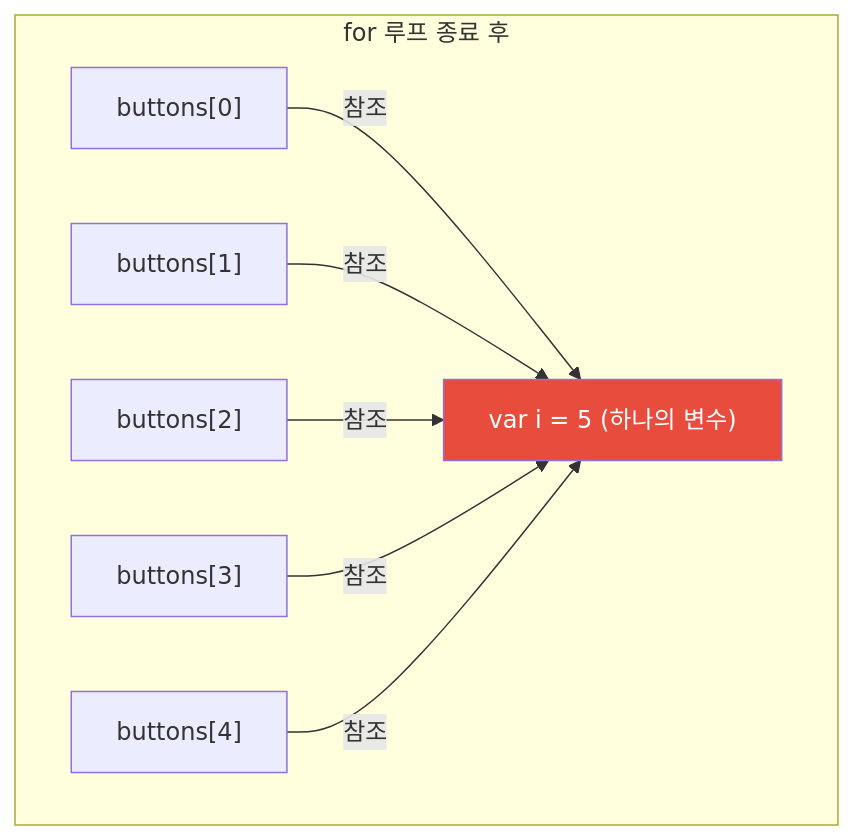
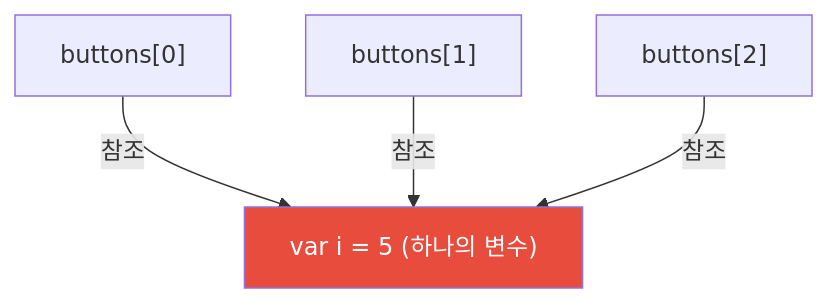
Before and after one commit to yjkim2015/yjkim2015.github.io: the seventh of 8 diagrams in _posts/frontend/2026-05-02-js-closure.md, drawn with Mermaid. The commit also changed other lines of this file and 155 other files, not shown here.

First line of the commit message:
Mermaid 전면 수정: subgraph 제거, participant/노드/줄수 축소 (342블록)

````diff
--- a/_posts/frontend/2026-05-02-js-closure.md
+++ b/_posts/frontend/2026-05-02-js-closure.md
@@ -448,12 +441,8 @@
 ```mermaid
 graph TD
-    subgraph "for 루프 종료 후"
-        I["var i = 5 (하나의 변수)"]
-        B0["buttons[0]"] -->|"참조"| I
-        B1["buttons[1]"] -->|"참조"| I
-        B2["buttons[2]"] -->|"참조"| I
-        B3["buttons[3]"] -->|"참조"| I
-        B4["buttons[4]"] -->|"참조"| I
-    end
+    I["var i = 5 (하나의 변수)"]
+    B0["buttons[0]"] -->|"참조"| I
+    B1["buttons[1]"] -->|"참조"| I
+    B2["buttons[2]"] -->|"참조"| I
     style I fill:#e74c3c,color:#fff
 ```
````
